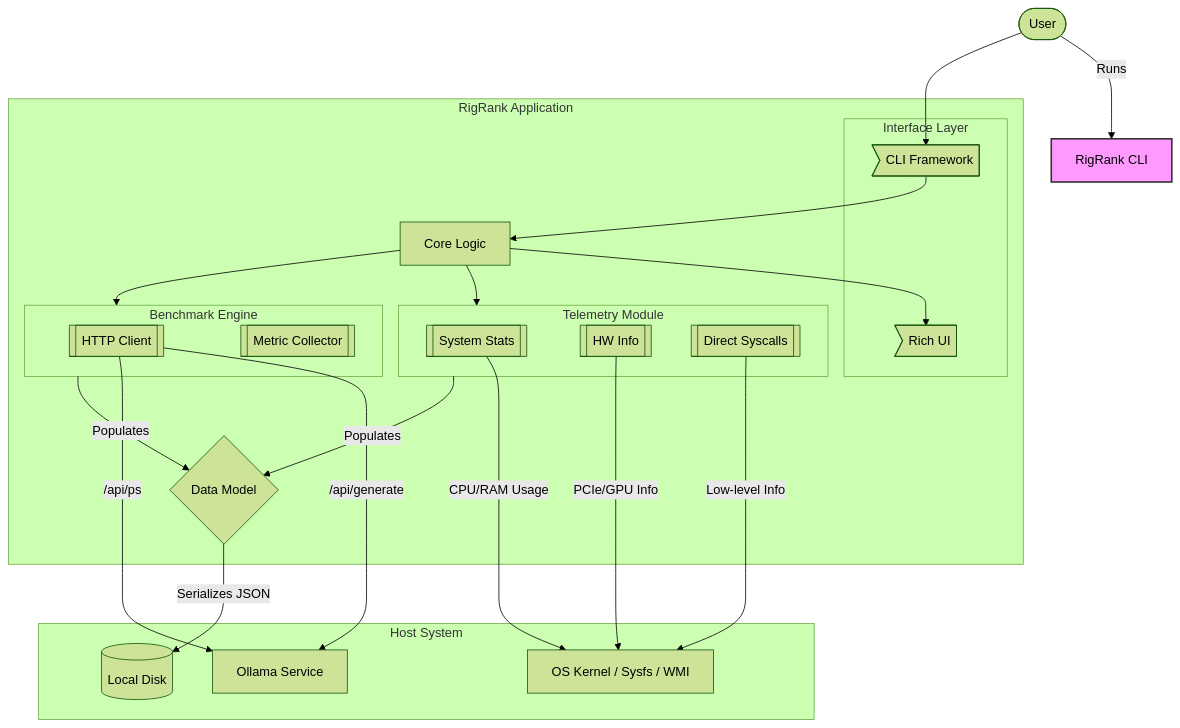
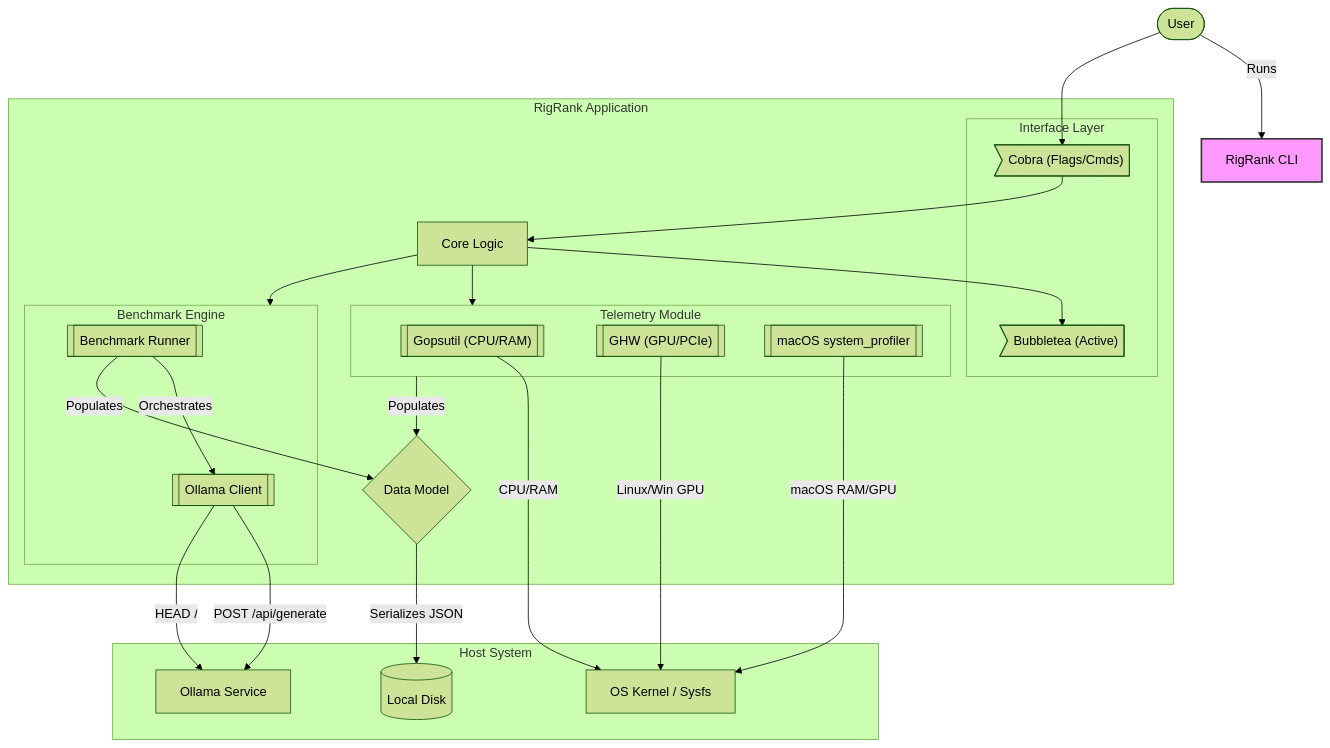
One commit to rohanelukurthy/rig-rank changed the diagram in Architecture.md. Above: the diagram before and after it, drawn with Mermaid (forest theme). The commit also changed other lines of this file and 4 other files, not shown here.

Commit message:
feat(app): add bubbles in CLI and update architecture diagram

````diff
--- a/Architecture.md
+++ b/Architecture.md
@@ -7,53 +7,54 @@
 ```mermaid
 graph TD
     User([User]) -->|Runs| CLI[RigRank CLI]
 
     subgraph RigRankApp [RigRank Application]
         Core[Core Logic]
         
         subgraph Interface [Interface Layer]
-            Cobra>CLI Framework]
-            TUI>Rich UI]
+            Cobra>"Cobra (Flags/Cmds)"]
+            TUI>"Bubbletea (Active)"]
         end
         
         subgraph Telemetry [Telemetry Module]
-            Gopsutil[[System Stats]]
-            GHW[[HW Info]]
-            SysCalls[[Direct Syscalls]]
+            Gopsutil[["Gopsutil (CPU/RAM)"]]
+            GHW[["GHW (GPU/PCIe)"]]
+            SysProfiler[["macOS system_profiler"]]
         end
         
         subgraph BenchEngine [Benchmark Engine]
-            HTTP[[HTTP Client]]
-            Metrics[[Metric Collector]]
+            Client[[Ollama Client]]
+            Runner[[Benchmark Runner]]
         end
         
         Model{Data Model}
     end
     
     subgraph HostSystem [Host System]
-        Kernel[OS Kernel / Sysfs / WMI]
+        Kernel[OS Kernel / Sysfs]
         Ollama[Ollama Service]
         Filesystem[(Local Disk)]
     end
     
     User --> Cobra
     Cobra --> Core
     Core --> TUI
     
     Core --> Telemetry
     Core --> BenchEngine
     
-    Gopsutil -->|CPU/RAM Usage| Kernel
-    GHW -->|PCIe/GPU Info| Kernel
-    SysCalls -->|Low-level Info| Kernel
+    Gopsutil -->|CPU/RAM| Kernel
+    GHW -->|Linux/Win GPU| Kernel
+    SysProfiler -->|macOS RAM/GPU| Kernel
     
-    HTTP -->|/api/generate| Ollama
-    HTTP -->|/api/ps| Ollama
+    Runner -->|Orchestrates| Client
+    Client -->|POST /api/generate| Ollama
+    Client -->|HEAD /| Ollama
     
     Telemetry -->|Populates| Model
-    BenchEngine -->|Populates| Model
+    Runner -->|Populates| Model
     
     Model -->|Serializes JSON| Filesystem
     
     style CLI fill:#f9f,stroke:#333,stroke-width:2px
 ```
````
